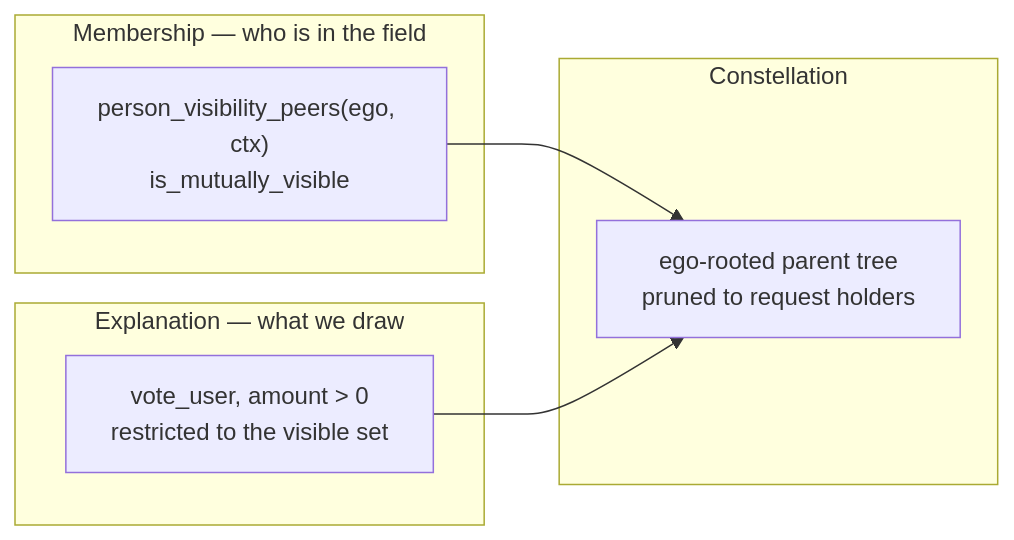
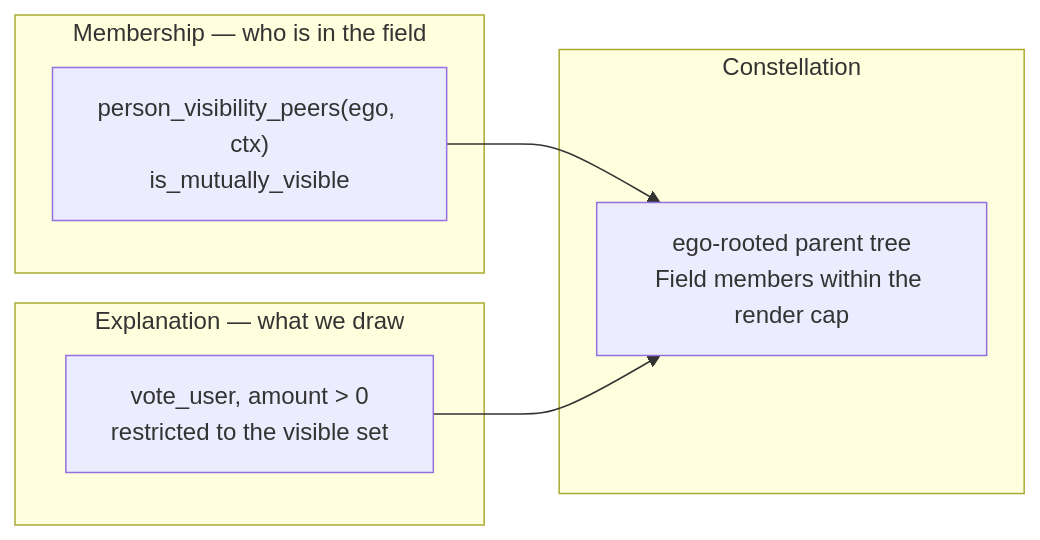
One commit to Intersubjective/tentura changed the diagram in docs/plans/constellation-edge-semantics.md. Above: the diagram before and after it, drawn with Mermaid. The commit also changed other lines of this file and 65 other files, not shown here.

````diff
--- a/docs/plans/constellation-edge-semantics.md
+++ b/docs/plans/constellation-edge-semantics.md
@@ -68,14 +68,14 @@
 ```mermaid
 flowchart LR
   subgraph M["Membership — who is in the field"]
     PV["person_visibility_peers(ego, ctx)<br/>is_mutually_visible"]
   end
   subgraph X["Explanation — what we draw"]
     VU["vote_user, amount > 0<br/>restricted to the visible set"]
   end
   subgraph C["Constellation"]
-    T["ego-rooted parent tree<br/>pruned to request holders"]
+    T["ego-rooted parent tree<br/>Field members within the render cap"]
   end
   PV --> T
   VU --> T
 ```
````
